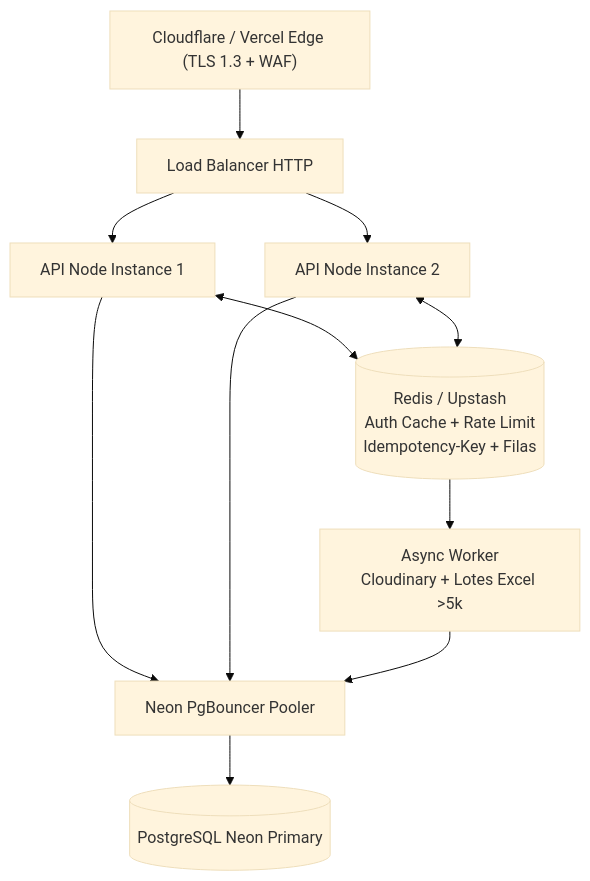
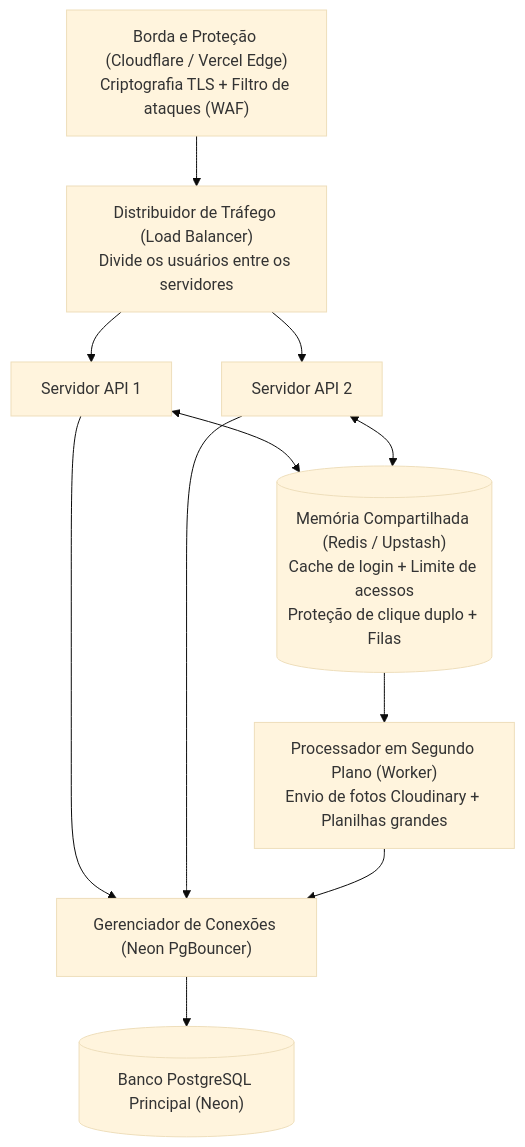
Before and after one commit to mateus-x17/adm-estoque: the second of 2 diagrams in relatorios/09_arquitetura_e_system_design.md, drawn with Mermaid (base theme). The commit also changed other lines of this file and 17 other files, not shown here.

````diff
--- a/relatorios/09_arquitetura_e_system_design.md
+++ b/relatorios/09_arquitetura_e_system_design.md
@@ -48,10 +68,10 @@
 ```mermaid
 flowchart TD
-    Edge["Cloudflare / Vercel Edge (TLS 1.3 + WAF)"] --> LB["Load Balancer HTTP"]
-    LB --> NodeA["API Node Instance 1"]
-    LB --> NodeB["API Node Instance 2"]
-    NodeA & NodeB <--> Redis[("Redis / Upstash\nAuth Cache + Rate Limit\nIdempotency-Key + Filas")]
-    Redis --> Worker["Async Worker\nCloudinary + Lotes Excel >5k"]
-    NodeA & NodeB --> PgBouncer["Neon PgBouncer Pooler"]
-    Worker --> PgBouncer --> Postgres[("PostgreSQL Neon Primary")]
+    Edge["Borda e Proteção (Cloudflare / Vercel Edge)\nCriptografia TLS + Filtro de ataques (WAF)"] --> LB["Distribuidor de Tráfego (Load Balancer)\nDivide os usuários entre os servidores"]
+    LB --> NodeA["Servidor API 1"]
+    LB --> NodeB["Servidor API 2"]
+    NodeA & NodeB <--> Redis[("Memória Compartilhada (Redis / Upstash)\nCache de login + Limite de acessos\nProteção de clique duplo + Filas")]
+    Redis --> Worker["Processador em Segundo Plano (Worker)\nEnvio de fotos Cloudinary + Planilhas grandes"]
+    NodeA & NodeB --> PgBouncer["Gerenciador de Conexões (Neon PgBouncer)"]
+    Worker --> PgBouncer --> Postgres[("Banco PostgreSQL Principal (Neon)")]
 ```
````
